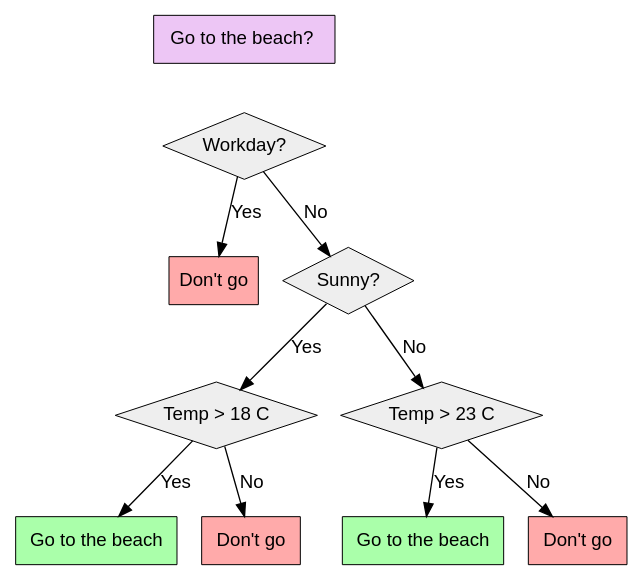
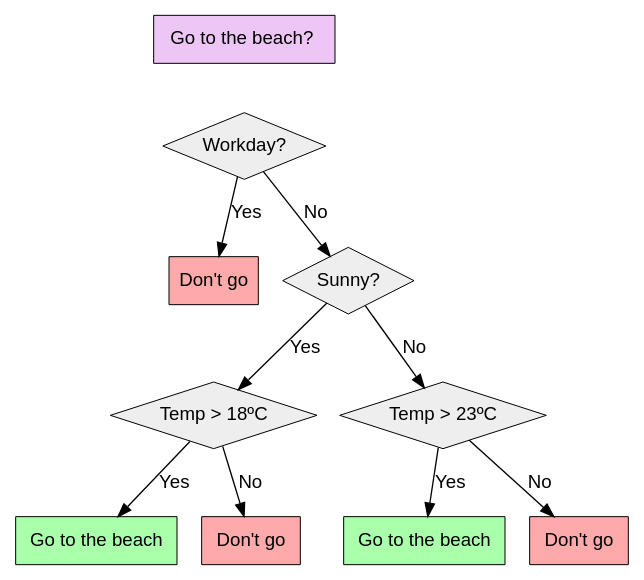
Before and after one commit to pglpm/ADA511: the diagram in decision_trees.qmd, drawn with Graphviz. The commit also changed other lines of this file and 42 other files, not shown here.

````diff
--- a/decision_trees.qmd
+++ b/decision_trees.qmd
@@ -10,31 +12,31 @@
 ```{dot}
 //| label: fig-simple-decision-tree
 //| fig-cap: A very simple decision tree.
 digraph G {
     fontname="Helvetica,Arial,sans-serif";
     fontsize=15;
     node [fontname="Helvetica,Arial,sans-serif", penwidth=0.75, style="filled"];
     edge [fontname="Helvetica,Arial,sans-serif"];
 
     A[shape=box, label="  Go to the beach?  ", fillcolor="#edc6f5"];
     B[shape=diamond, label="Workday?", fillcolor="#eeeeee", height=0.7, width=1];
     C[shape=box, label="Don't go", fillcolor="#ffaaaa"];
     D[shape=diamond, label="Sunny?", fillcolor="#eeeeee", height=0.7, width=1];
-    E[shape=diamond, label="Temp > 18 C", fillcolor="#eeeeee", height=0.7, width=1];
-    F[shape=diamond, label="Temp > 23 C", fillcolor="#eeeeee", height=0.7, width=1];
+    E[shape=diamond, label="Temp > 18ºC", fillcolor="#eeeeee", height=0.7, width=1];
+    F[shape=diamond, label="Temp > 23ºC", fillcolor="#eeeeee", height=0.7, width=1];
     G[shape=box, label=" Go to the beach ", fillcolor="#aaffaa"];
     H[shape=box, label=" Don't go ", fillcolor="#ffaaaa"];
     I[shape=box, label=" Go to the beach ", fillcolor="#aaffaa"];
     J[shape=box, label=" Don't go ", fillcolor="#ffaaaa"];
 
     A -> B [style="invis"];
     B -> C [label="Yes"];
     B -> D [label="No"];
     D -> E [label="Yes"];
     D -> F [label="No"];
     E -> G [label="Yes"];
     E -> H [label="No"];
     F -> I [label="Yes"];
     F -> J [label="No"];
 }
 ```
````
